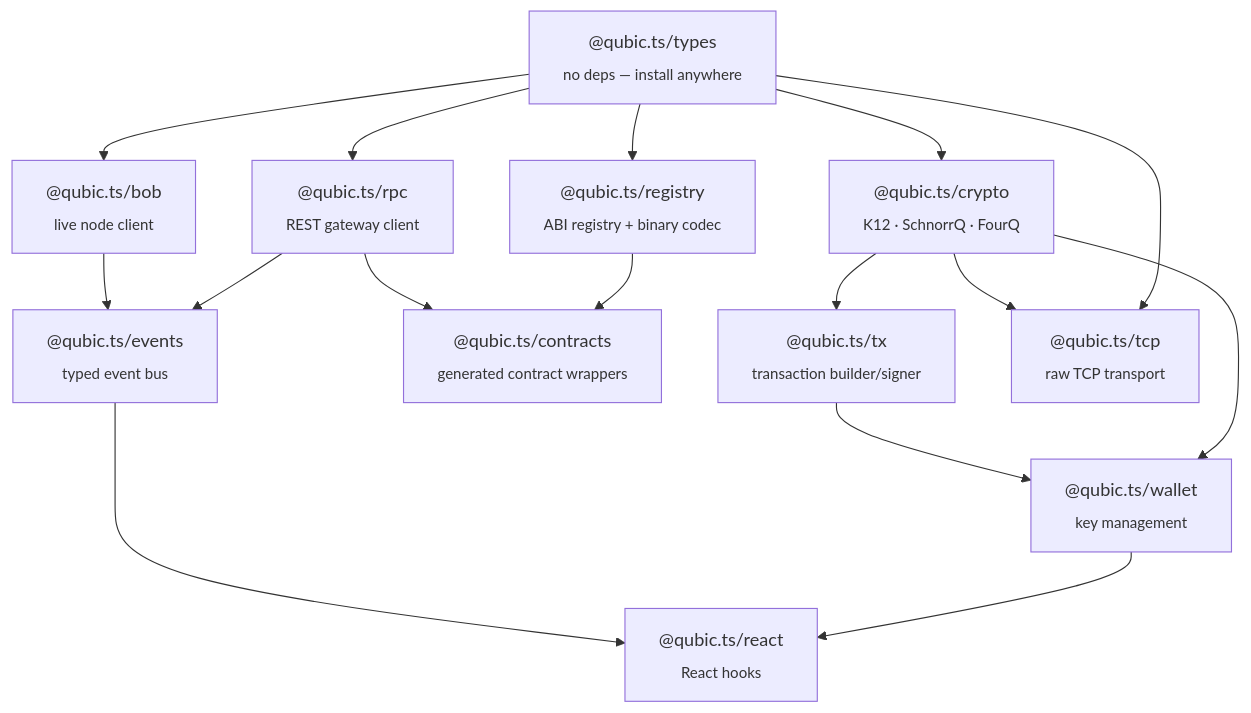
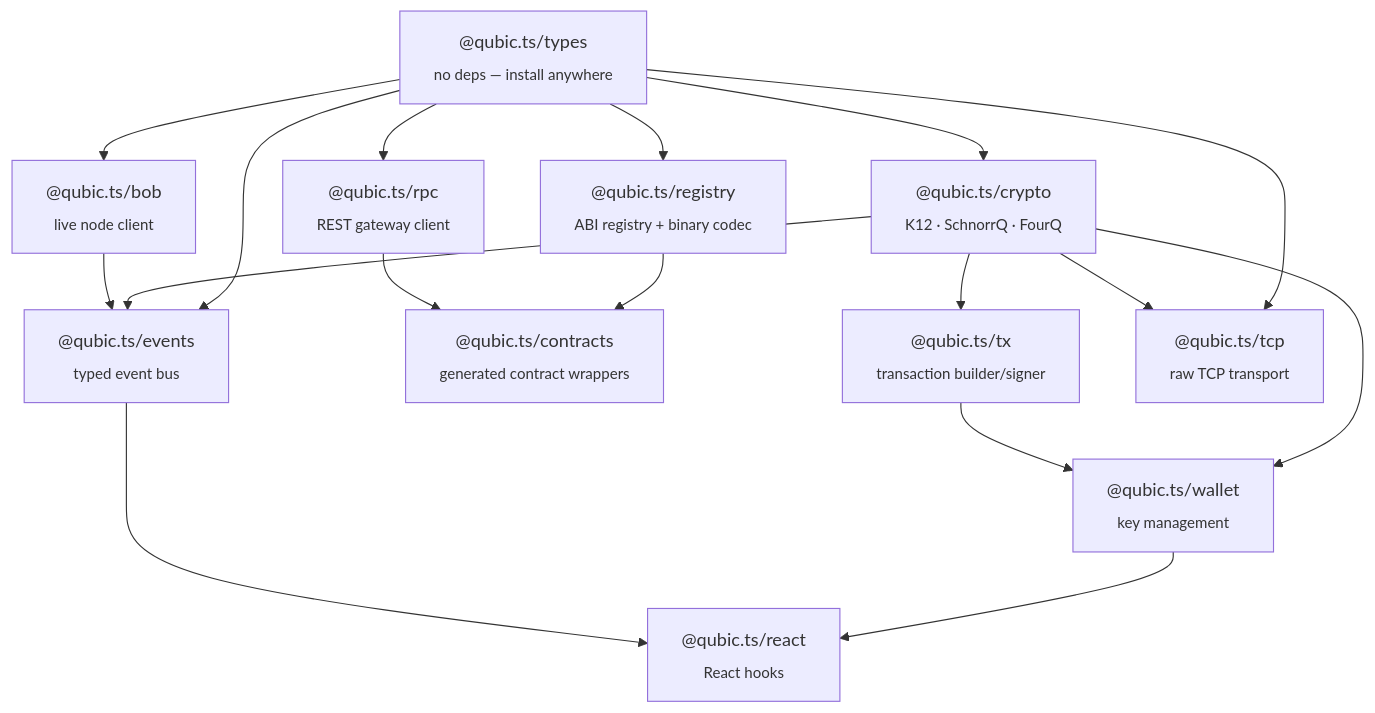
One commit to qubic/qubic-typescript changed the first of 2 diagrams in README.md. Above: the diagram before and after it, drawn with Mermaid. The commit also changed other lines of this file and 2 other files, not shown here.

Commit message:
docs(events): update README and main readme; bump version to 0.1.0

````diff
--- a/README.md
+++ b/README.md
@@ -33,30 +33,31 @@
 ```mermaid
 graph TD
   types["@qubic.ts/types<br/><sub>no deps — install anywhere</sub>"]
   crypto["@qubic.ts/crypto<br/><sub>K12 · SchnorrQ · FourQ</sub>"]
   tx["@qubic.ts/tx<br/><sub>transaction builder/signer</sub>"]
   rpc["@qubic.ts/rpc<br/><sub>REST gateway client</sub>"]
   registry["@qubic.ts/registry<br/><sub>ABI registry + binary codec</sub>"]
   contracts["@qubic.ts/contracts<br/><sub>generated contract wrappers</sub>"]
   bob["@qubic.ts/bob<br/><sub>live node client</sub>"]
   wallet["@qubic.ts/wallet<br/><sub>key management</sub>"]
   events["@qubic.ts/events<br/><sub>typed event bus</sub>"]
   tcp["@qubic.ts/tcp<br/><sub>raw TCP transport</sub>"]
   react["@qubic.ts/react<br/><sub>React hooks</sub>"]
 
   types --> crypto
   types --> rpc
   types --> registry
   types --> bob
   types --> tcp
+  types --> events
   crypto --> tx
   crypto --> wallet
   crypto --> tcp
+  crypto --> events
   tx --> wallet
   registry --> contracts
   rpc --> contracts
-  rpc --> events
   bob --> events
   wallet --> react
   events --> react
 ```
````
